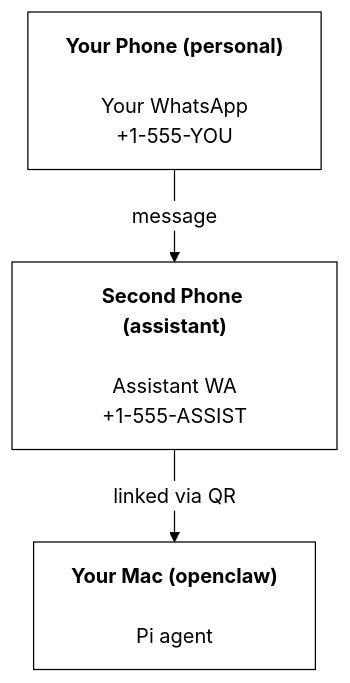
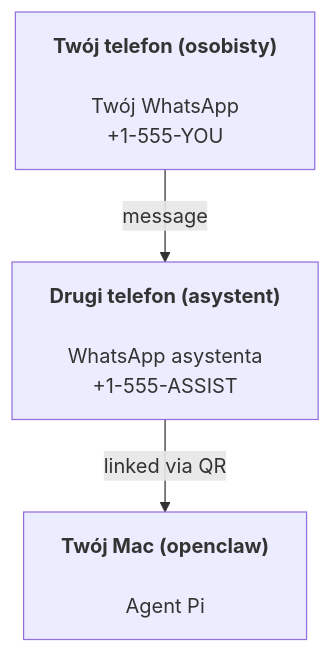
The diagram in pl/start/openclaw.md (johnakelly-yahoo-com/veiseule-openclaw), drawn with Mermaid before and after one commit. The commit also changed other lines of this file and 7264 other files, not shown here.

````diff
--- a/pl/start/openclaw.md
+++ b/pl/start/openclaw.md
@@ -32,21 +36,5 @@
 ```mermaid
-%%{init: {
-  'theme': 'base',
-  'themeVariables': {
-    'primaryColor': '#ffffff',
-    'primaryTextColor': '#000000',
-    'primaryBorderColor': '#000000',
-    'lineColor': '#000000',
-    'secondaryColor': '#f9f9fb',
-    'tertiaryColor': '#ffffff',
-    'clusterBkg': '#f9f9fb',
-    'clusterBorder': '#000000',
-    'nodeBorder': '#000000',
-    'mainBkg': '#ffffff',
-    'edgeLabelBackground': '#ffffff'
-  }
-}}%%
 flowchart TB
-    A["<b>Your Phone (personal)<br></b><br>Your WhatsApp<br>+1-555-YOU"] -- message --> B["<b>Second Phone (assistant)<br></b><br>Assistant WA<br>+1-555-ASSIST"]
-    B -- linked via QR --> C["<b>Your Mac (openclaw)<br></b><br>Pi agent"]
+    A["<b>Twój telefon (osobisty)<br></b><br>Twój WhatsApp<br>+1-555-YOU"] -- message --> B["<b>Drugi telefon (asystent)<br></b><br>WhatsApp asystenta<br>+1-555-ASSIST"]
+    B -- linked via QR --> C["<b>Twój Mac (openclaw)<br></b><br>Agent Pi"]
 ```
````
